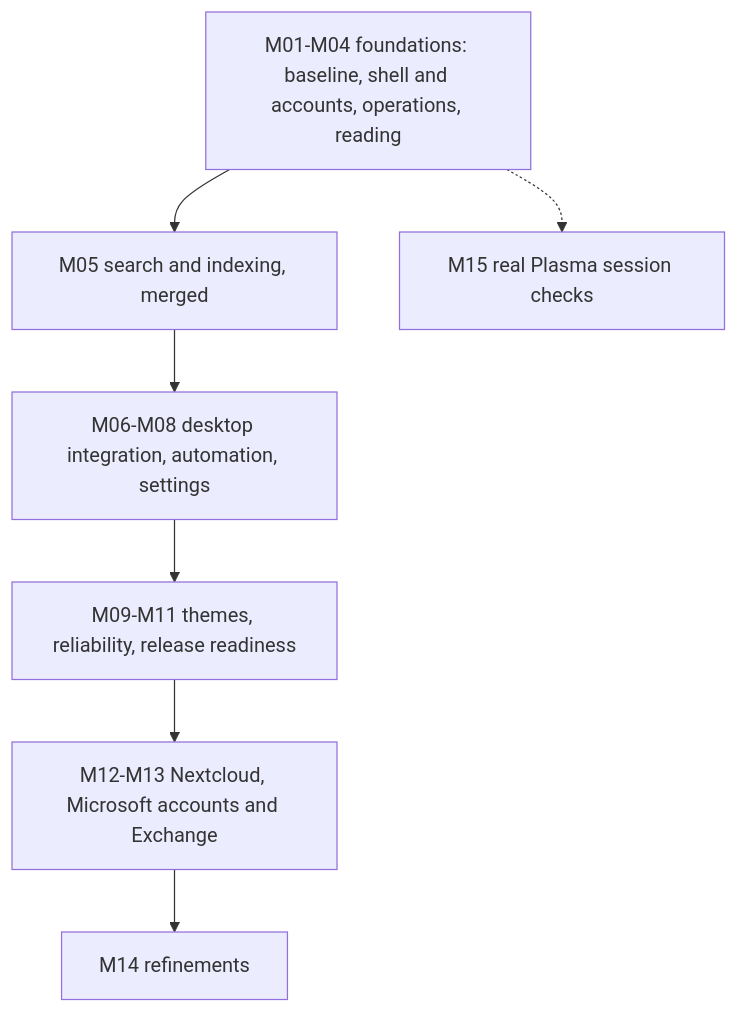
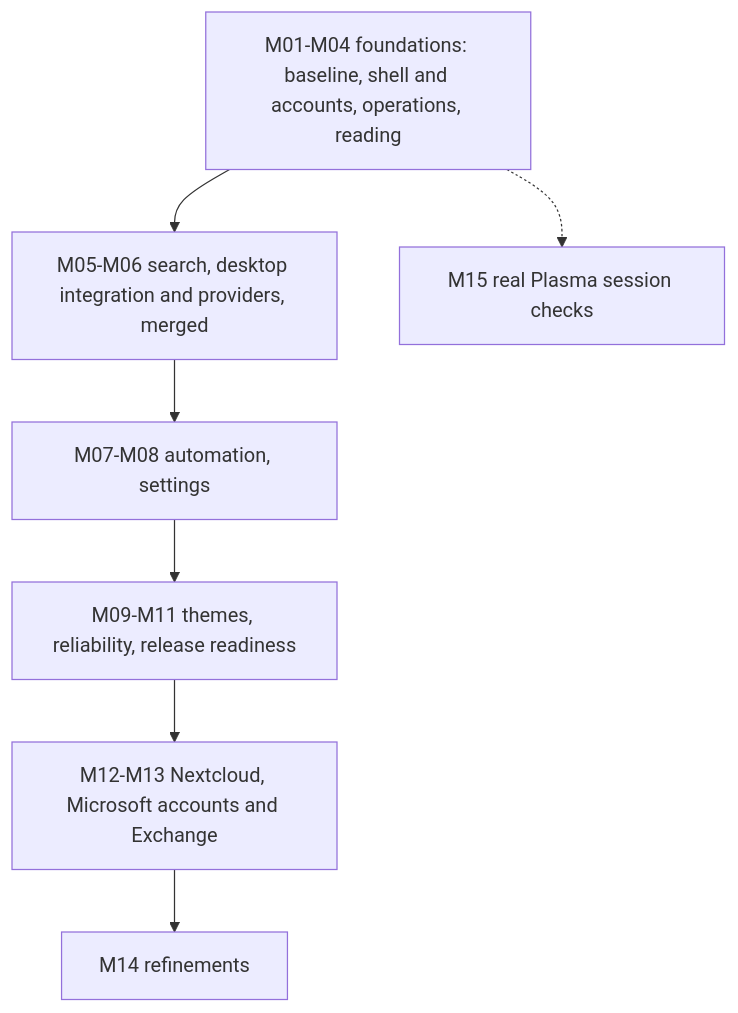
Before and after one commit to mikepadiernos/plasma-impresario: the diagram in README.md, drawn with Mermaid. The commit also changed other lines of this file and 5 other files, not shown here.

````diff
--- a/README.md
+++ b/README.md
@@ -623,9 +652,9 @@
 ```mermaid
 flowchart TD
-    A[M01-M04 foundations: baseline, shell and accounts, operations, reading] --> B[M05 search and indexing, merged]
-    B --> C[M06-M08 desktop integration, automation, settings]
+    A[M01-M04 foundations: baseline, shell and accounts, operations, reading] --> B[M05-M06 search, desktop integration and providers, merged]
+    B --> C[M07-M08 automation, settings]
     C --> D[M09-M11 themes, reliability, release readiness]
     D --> E[M12-M13 Nextcloud, Microsoft accounts and Exchange]
     E --> F[M14 refinements]
     A -.-> G[M15 real Plasma session checks]
 ```
````
